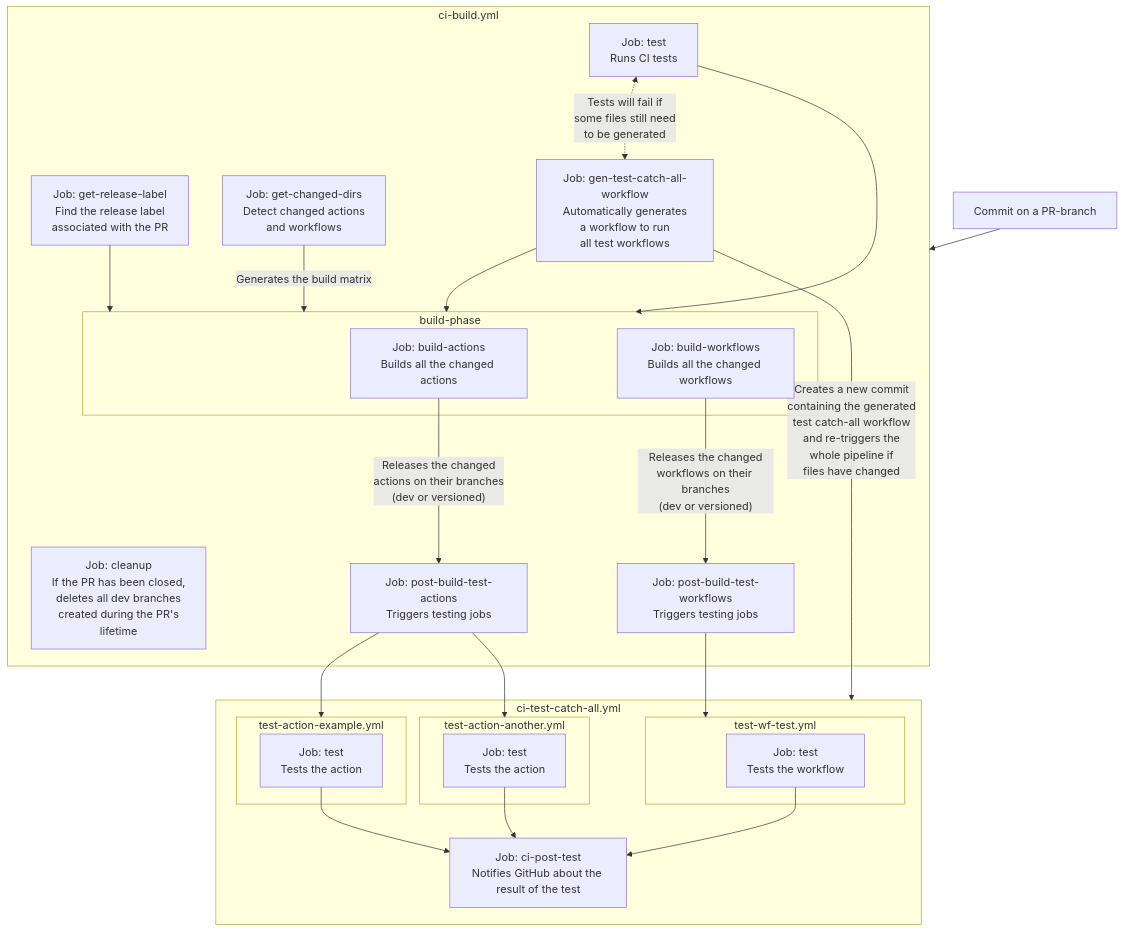
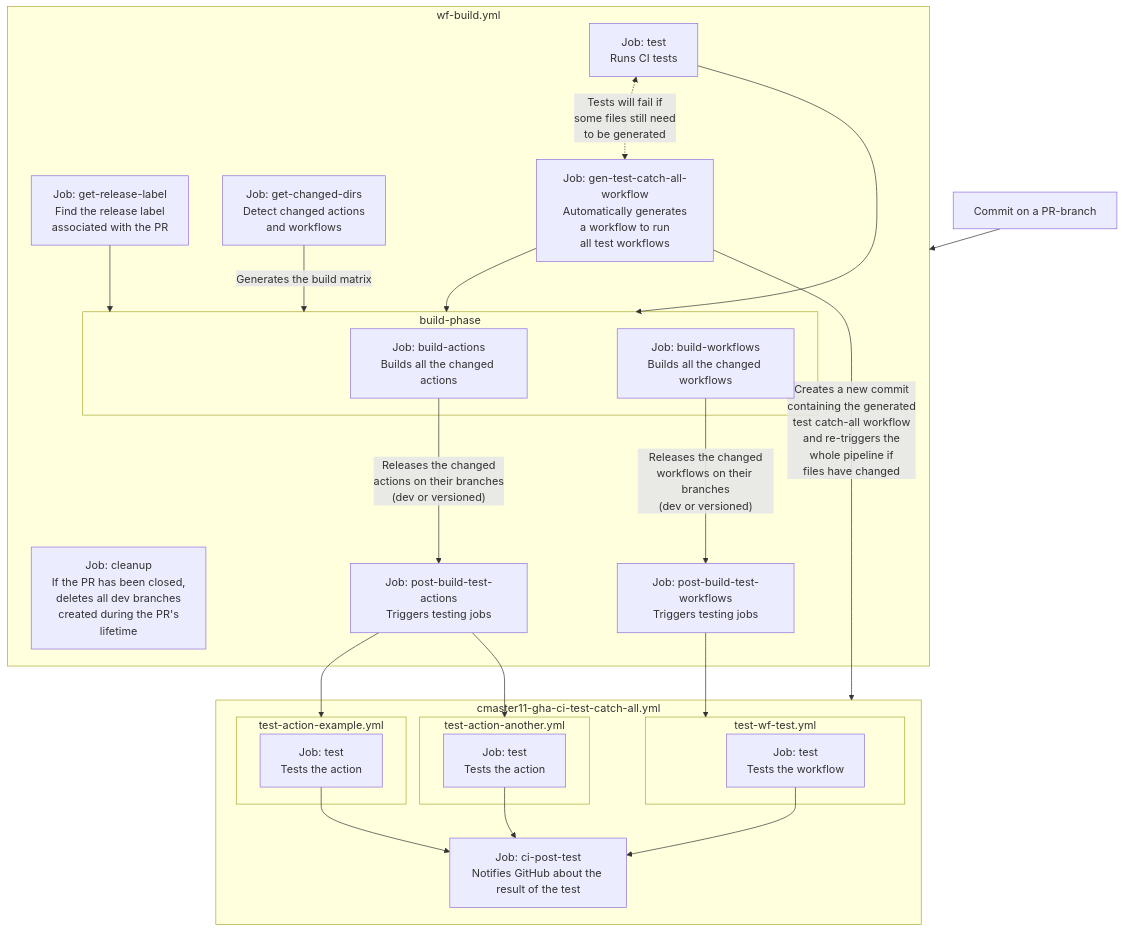
One commit to cmaster11/gha changed the diagram in ARCHITECTURE.mermaid. Above: the diagram before and after it, drawn with Mermaid. The commit also changed 13 other files, not shown here.

```diff
--- a/ARCHITECTURE.mermaid
+++ b/ARCHITECTURE.mermaid
@@ -1,50 +1,50 @@
 flowchart
     commit["Commit on a PR-branch"]
 
-    subgraph ci-build.yml
+    subgraph wf-build.yml
         get-release-label["Job: get-release-label\nFind the release label\nassociated with the PR"]
         get-changed-dirs["Job: get-changed-dirs\nDetect changed actions\nand workflows"]
         test["Job: test\nRuns CI tests"]
         gen-test-catch-all-workflow["Job: gen-test-catch-all-workflow\nAutomatically generates\na workflow to run\nall test workflows"]
         subgraph build-phase
             build-actions["Job: build-actions\nBuilds all the changed actions"]
             build-workflows["Job: build-workflows\nBuilds all the changed workflows"]
         end
         cleanup["Job: cleanup\nIf the PR has been closed,\ndeletes all dev branches\ncreated during the PR's\nlifetime"]
         gen-test-catch-all-workflow --> build-phase
         test --> build-phase
         get-changed-dirs -- Generates the build matrix --> build-phase
         get-release-label --> build-phase
         post-build-test-actions["Job: post-build-test-actions\nTriggers testing jobs"]
         post-build-test-workflows["Job: post-build-test-workflows\nTriggers testing jobs"]
         build-actions -- " Releases the changed\nactions on their branches\n(dev or versioned) " --> post-build-test-actions
         build-workflows -- " Releases the changed\nworkflows on their branches\n(dev or versioned) " --> post-build-test-workflows
         test <-. " Tests will fail if\nsome files still need\nto be generated " .-> gen-test-catch-all-workflow
     end
 
-    subgraph ci-test-catch-all.yml
+    subgraph cmaster11-gha-ci-test-catch-all.yml
         ci-post-test["Job: ci-post-test\nNotifies GitHub about the result of the test"]
 
         subgraph test-action-example.yml
             test-action-example["Job: test\nTests the action"]
         end
 
         subgraph test-action-another.yml
             test-action-another["Job: test\nTests the action"]
         end
 
         subgraph test-wf-test.yml
             test-wf-test["Job: test\nTests the workflow"]
         end
 
         test-action-example --> ci-post-test
         test-action-another --> ci-post-test
         test-wf-test --> ci-post-test
     end
 
     post-build-test-actions --> test-action-example.yml
     post-build-test-actions --> test-action-another.yml
     post-build-test-workflows --> test-wf-test.yml
 
-    gen-test-catch-all-workflow -- " Creates a new commit\ncontaining the generated\ntest catch-all workflow\nand re-triggers the\nwhole pipeline if\nfiles have changed " --> ci-test-catch-all.yml
-    commit --> ci-build.yml
+    gen-test-catch-all-workflow -- " Creates a new commit\ncontaining the generated\ntest catch-all workflow\nand re-triggers the\nwhole pipeline if\nfiles have changed " --> cmaster11-gha-ci-test-catch-all.yml
+    commit --> wf-build.yml
```
